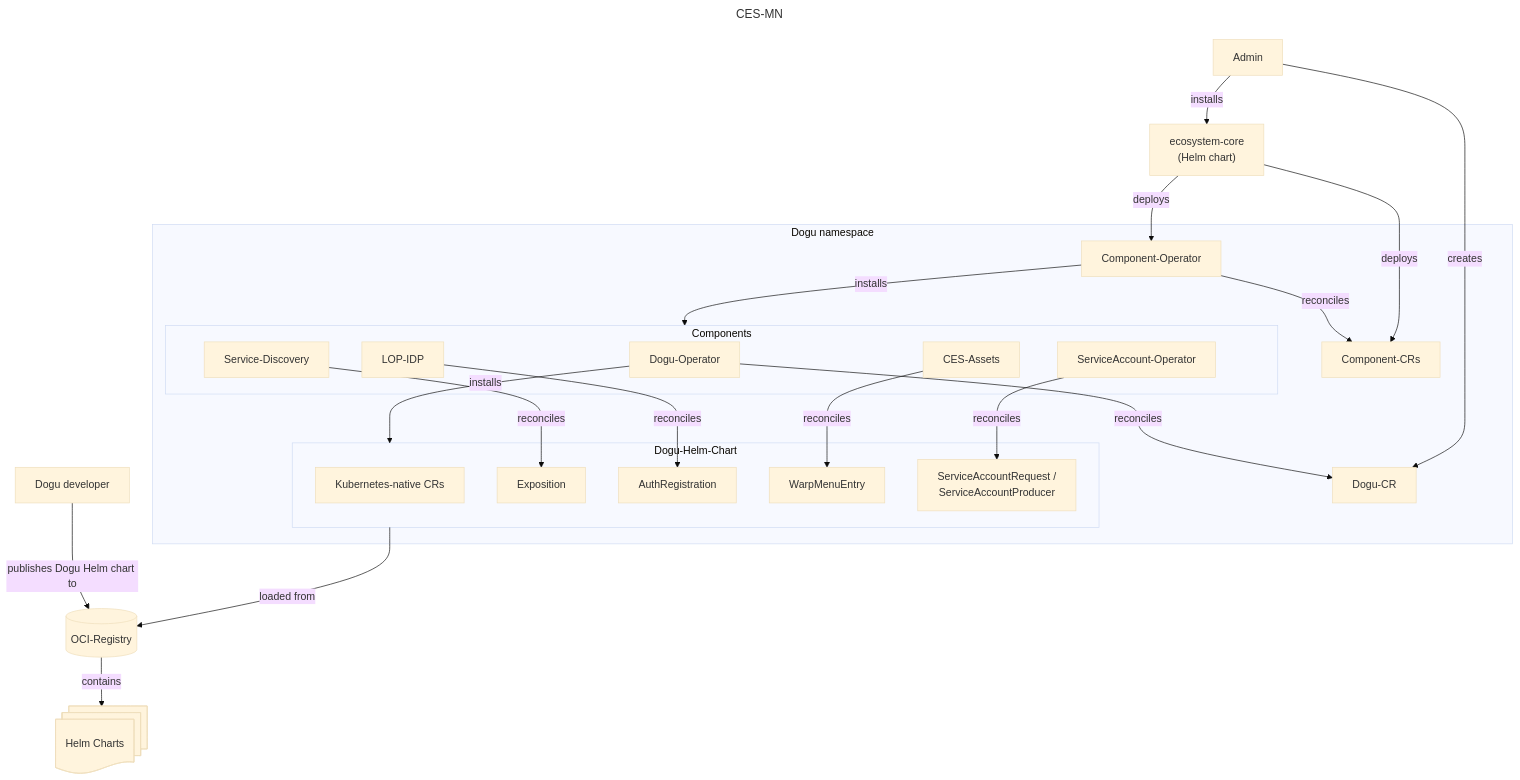
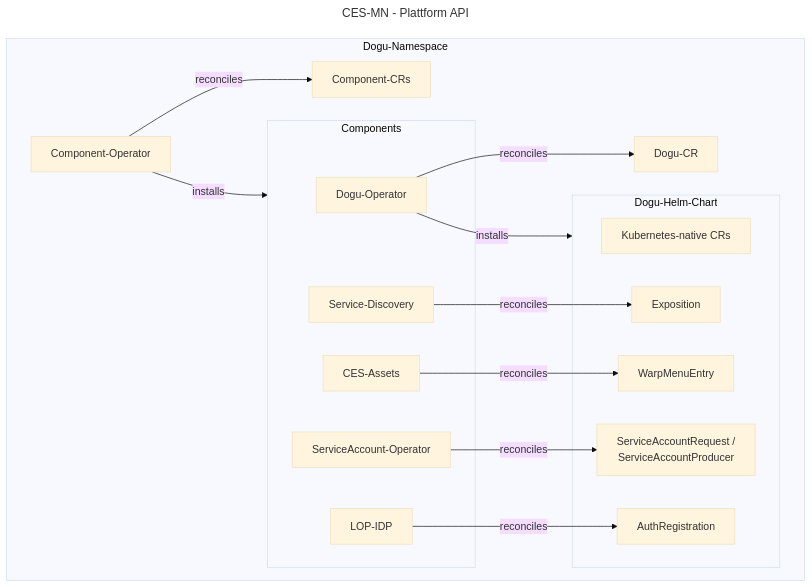
Before and after one commit to cloudogu/dogu-development-docs: the second of 2 diagrams in docs/v3/concepts/multinode-environment_en.md, drawn with Mermaid (base theme). The commit also changed other lines of this file and 1 other file, not shown here.

Commit message:
Separate diagrams to reduce mental load for reader

````diff
--- a/docs/v3/concepts/multinode-environment_en.md
+++ b/docs/v3/concepts/multinode-environment_en.md
@@ -114,59 +159,41 @@
 ```mermaid
 ---
-title: CES-MN
+title: CES-MN - Plattform API
 ---
 flowchart TB
-    user["Admin"]
-    developer["Dogu developer"]
 
-    core["ecosystem-core<br/>(Helm chart)"]
-
-    user -->|installs| core
-
-    subgraph ns["Dogu namespace"]
+    subgraph ns["Dogu-Namespace"]
         compOp["Component-Operator"]
         compCRs["Component-CRs"]
         doguCR["Dogu-CR"]
 
         compOp -->|reconciles| compCRs
 
         subgraph components["Components"]
             doguOp["Dogu-Operator"]
             sd["Service-Discovery"]
             idp["LOP-IDP"]
             assets["CES-Assets"]
             saOp["ServiceAccount-Operator"]
         end
 
         compOp -->|installs| components
 
         subgraph chart["Dogu-Helm-Chart"]
             workloads["Kubernetes-native CRs"]
             exposition["Exposition"]
             authreg["AuthRegistration"]
             warp["WarpMenuEntry"]
             sar["ServiceAccountRequest /<br/>ServiceAccountProducer"]
         end
 
         doguOp -->|reconciles| doguCR
         doguOp -->|installs| chart
 
         sd -->|reconciles| exposition
         assets -->|reconciles| warp
         saOp -->|reconciles| sar
         idp -->|reconciles| authreg
     end
 
-    core -->|deploys| compOp
-    core -->|deploys| compCRs
-
-    user -->|creates| doguCR
-
-    oci[("OCI-Registry")]
-    helmCharts@{ shape: docs, label: "Helm Charts"}
-    developer -->|publishes Dogu Helm chart to| oci
-
-    oci -->|contains| helmCharts
-    chart -->|loaded from| oci
-
 ```
````
